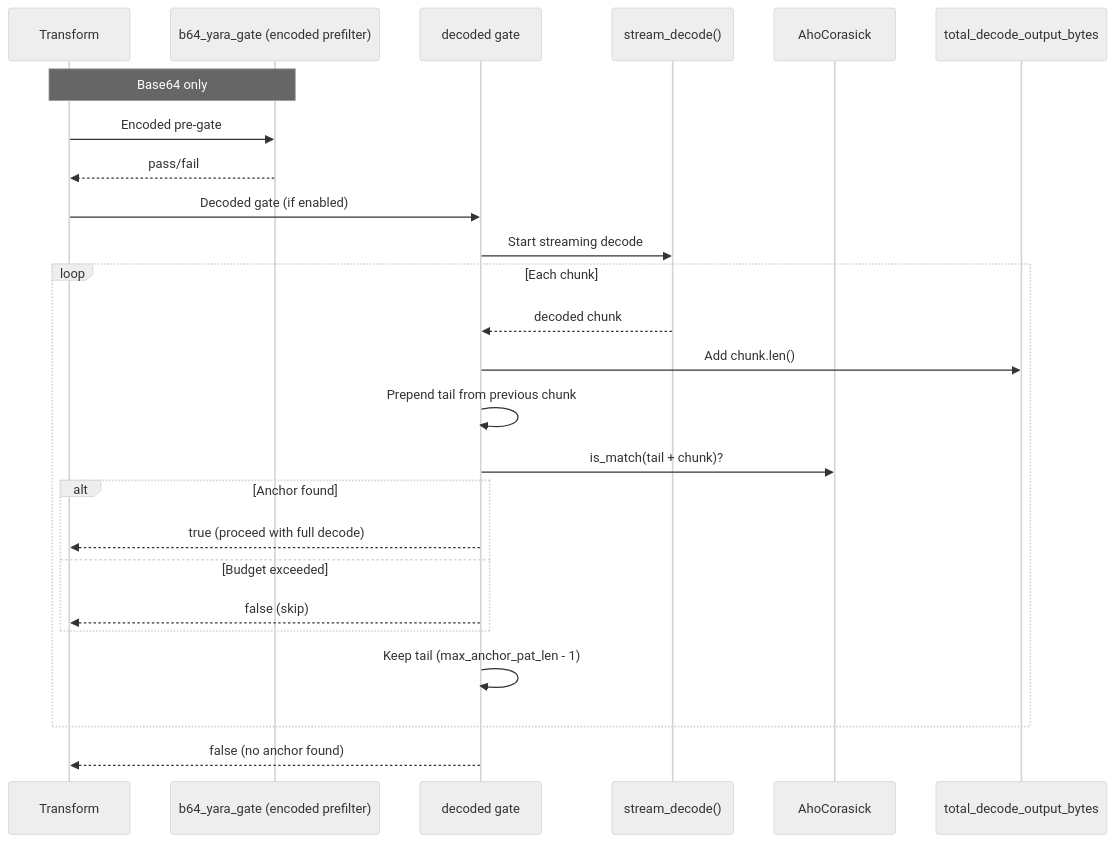
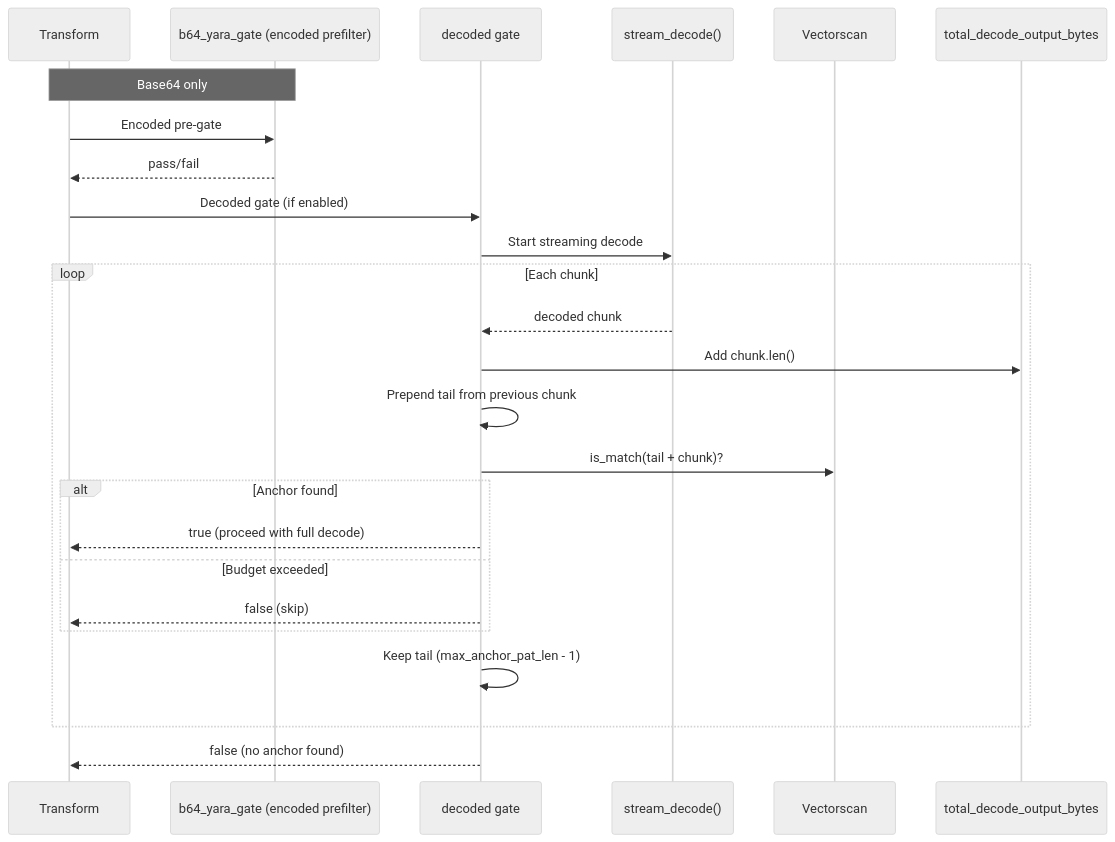
Before and after one commit to ahrav/scratch-scanner-rs: the fifth of 7 diagrams in docs/transform-chain.md, drawn with Mermaid (neutral theme). The commit also changed other lines of this file and 19 other files, not shown here.

First line of the commit message:
Refactor: Replace AhoCorasick with Vectorscan for anchor matching

````diff
--- a/docs/transform-chain.md
+++ b/docs/transform-chain.md
@@ -203,30 +202,30 @@
 ```mermaid
 sequenceDiagram
     participant Transform as Transform
     participant Pre as b64_yara_gate (encoded prefilter)
     participant Gate as decoded gate
     participant Stream as stream_decode()
-    participant AC as AhoCorasick
+    participant VS as Vectorscan
     participant Budget as total_decode_output_bytes
 
     Note over Transform,Pre: Base64 only
     Transform->>Pre: Encoded pre-gate
     Pre-->>Transform: pass/fail
     Transform->>Gate: Decoded gate (if enabled)
     Gate->>Stream: Start streaming decode
 
     loop Each chunk
         Stream-->>Gate: decoded chunk
         Gate->>Budget: Add chunk.len()
         Gate->>Gate: Prepend tail from previous chunk
-        Gate->>AC: is_match(tail + chunk)?
+        Gate->>VS: is_match(tail + chunk)?
         alt Anchor found
             Gate-->>Transform: true (proceed with full decode)
         else Budget exceeded
             Gate-->>Transform: false (skip)
         end
         Gate->>Gate: Keep tail (max_anchor_pat_len - 1)
     end
 
     Gate-->>Transform: false (no anchor found)
 ```
````
